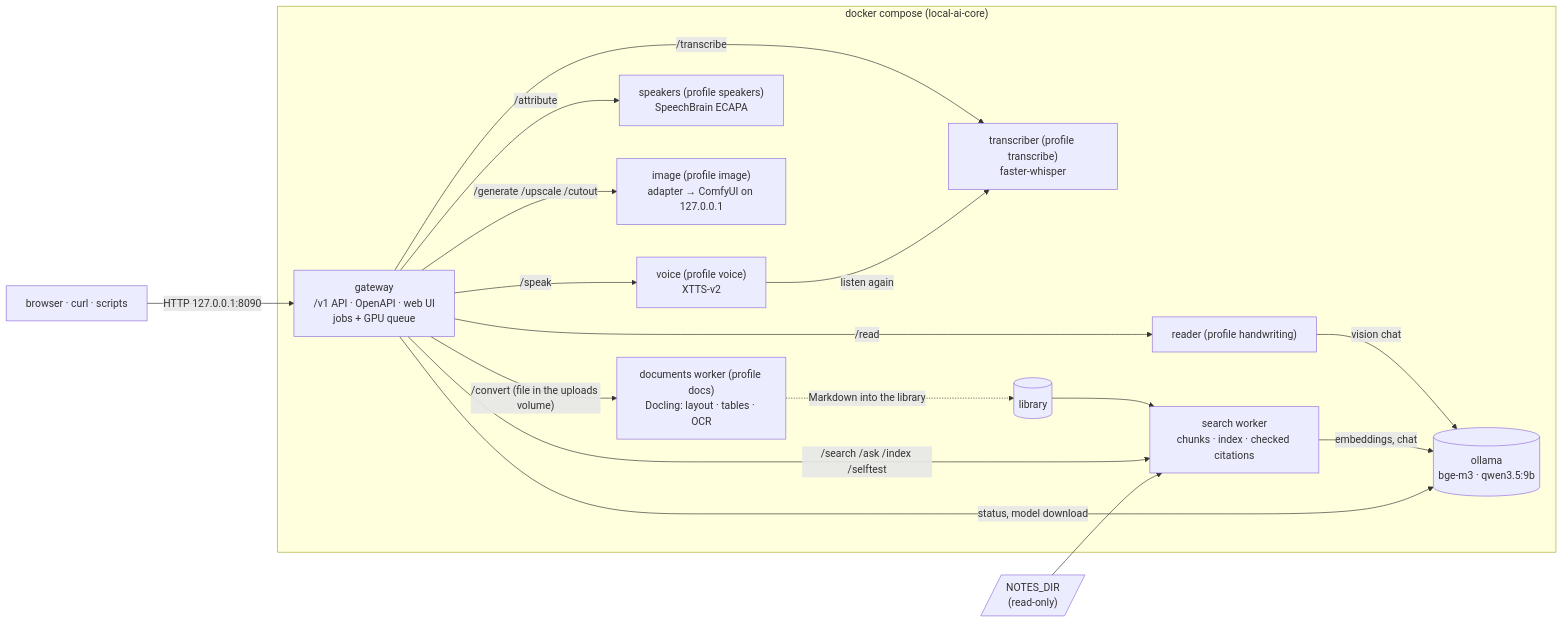
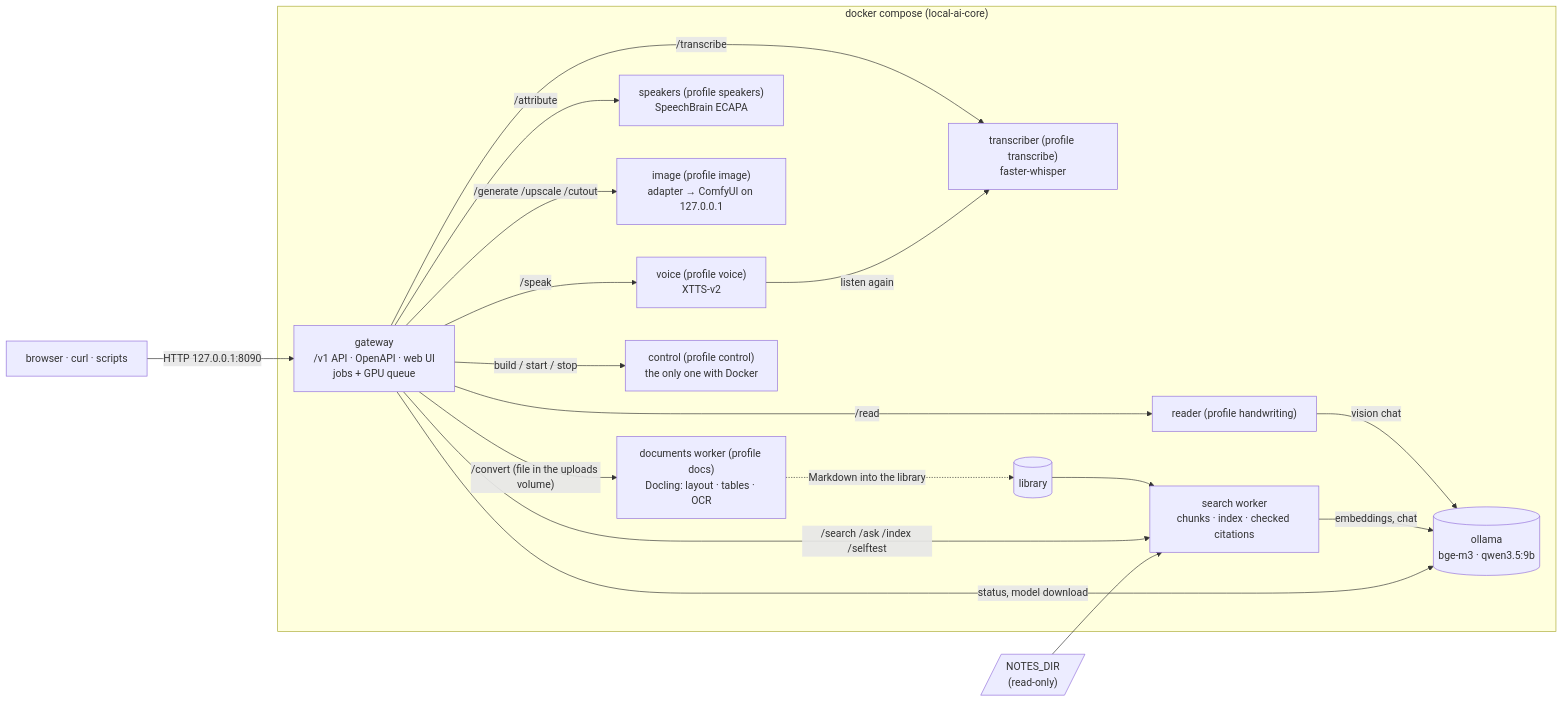
One commit to manzolo/local-ai-core changed the first of 2 diagrams in docs/architecture.md. Above: the diagram before and after it, drawn with Mermaid. The commit also changed other lines of this file and 37 other files, not shown here.

First line of the commit message:
Build, Start and Stop buttons for the optional services

````diff
--- a/docs/architecture.md
+++ b/docs/architecture.md
@@ -8,27 +8,29 @@
 ```mermaid
 flowchart LR
     U["browser · curl · scripts"] -->|"HTTP 127.0.0.1:8090"| G
     subgraph stack["docker compose (local-ai-core)"]
         G["gateway<br/>/v1 API · OpenAPI · web UI<br/>jobs + GPU queue"]
         S["search worker<br/>chunks · index · checked citations"]
         D["documents worker (profile docs)<br/>Docling: layout · tables · OCR"]
         G -->|"/convert (file in the uploads volume)"| D
         TR["transcriber (profile transcribe)<br/>faster-whisper"]
         SP["speakers (profile speakers)<br/>SpeechBrain ECAPA"]
         G -->|"/transcribe"| TR
         G -->|"/attribute"| SP
         IM["image (profile image)<br/>adapter → ComfyUI on 127.0.0.1"]
         G -->|"/generate /upscale /cutout"| IM
         RD["reader (profile handwriting)"] -->|"vision chat"| O
         VO["voice (profile voice)<br/>XTTS-v2"] -->|"listen again"| TR
         G -->|"/read"| RD
         G -->|"/speak"| VO
+        CT["control (profile control)<br/>the only one with Docker"]
+        G -->|"build / start / stop"| CT
         D -.->|"Markdown into the library"| L[("library")]
         L --> S
         O[("ollama<br/>bge-m3 · qwen3.5:9b")]
         G -->|"/search /ask /index /selftest"| S
         S -->|"embeddings, chat"| O
         G -->|"status, model download"| O
     end
     N[/"NOTES_DIR<br/>(read-only)"/] --> S
 ```
````
